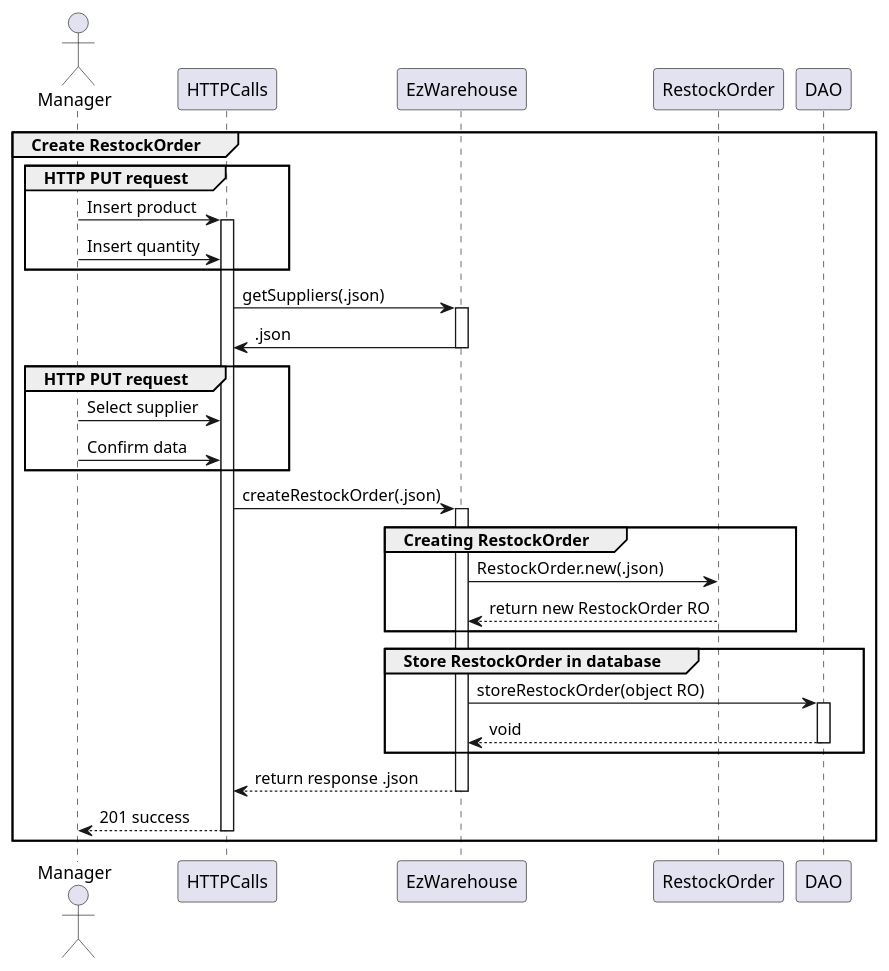
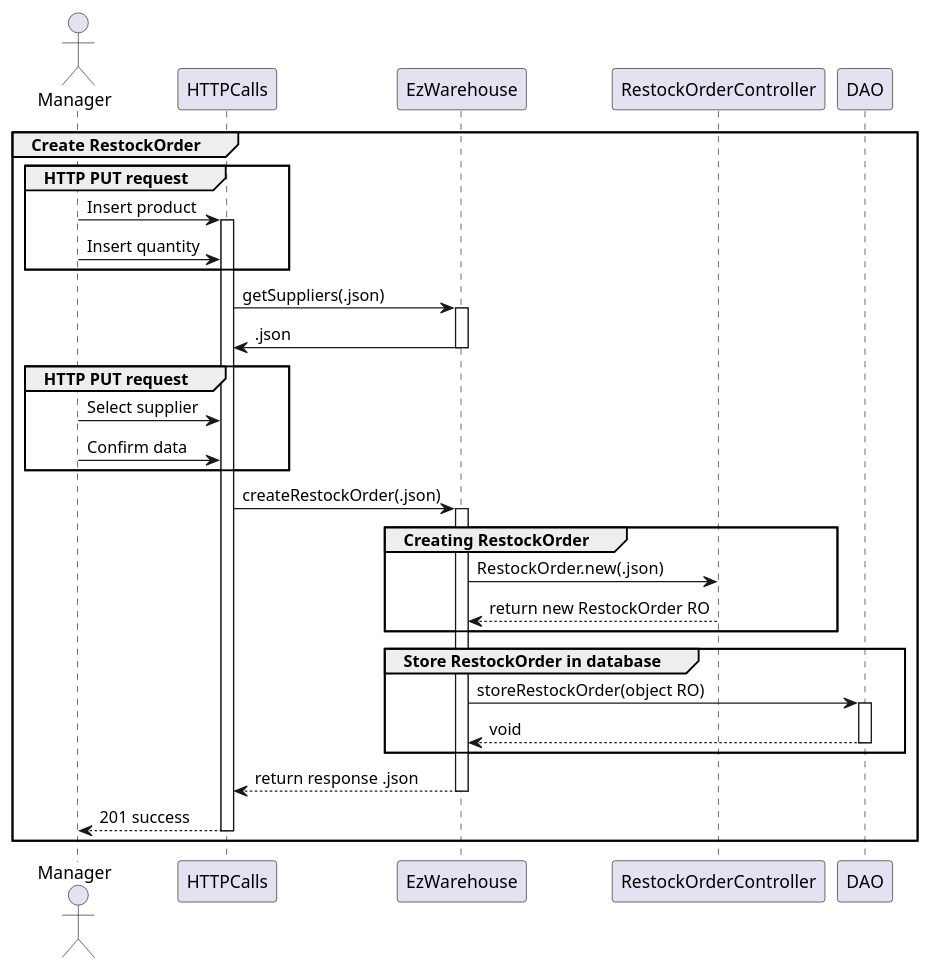
One commit to DavideArcolini/SoftEng_garbageCollector changed the eighth of 19 diagrams in DesignDocument.md. Above: the diagram before and after it, drawn with PlantUML. The commit also changed other lines of this file and 5 other files, not shown here.

````diff
--- a/DesignDocument.md
+++ b/DesignDocument.md
@@ -499,45 +503,45 @@
 ```plantuml
 actor Manager 
 participant HTTPCalls
 participant EzWarehouse
-participant RestockOrder
+participant RestockOrderController as RestockOrder
 participant DAO
 
 group Create RestockOrder
 group HTTP PUT request
 Manager->HTTPCalls: Insert product
 activate HTTPCalls
 Manager->HTTPCalls: Insert quantity
 end
 
 HTTPCalls->EzWarehouse: getSuppliers(.json)
 activate EzWarehouse
 EzWarehouse->HTTPCalls: .json 
 deactivate EzWarehouse
 
 group HTTP PUT request
 Manager->HTTPCalls: Select supplier
 Manager->HTTPCalls: Confirm data
 end
 
 HTTPCalls->EzWarehouse: createRestockOrder(.json)
 activate EzWarehouse
 
 group Creating RestockOrder
 EzWarehouse->RestockOrder: RestockOrder.new(.json)
 RestockOrder-->EzWarehouse: return new RestockOrder RO
 end
 
 group Store RestockOrder in database
 EzWarehouse->DAO: storeRestockOrder(object RO)
 activate DAO
 DAO-->EzWarehouse: void
 deactivate DAO
 end
 
 EzWarehouse-->HTTPCalls: return response .json
 deactivate EzWarehouse
 HTTPCalls-->Manager: 201 success
 deactivate HTTPCalls
 end
 ```
````
